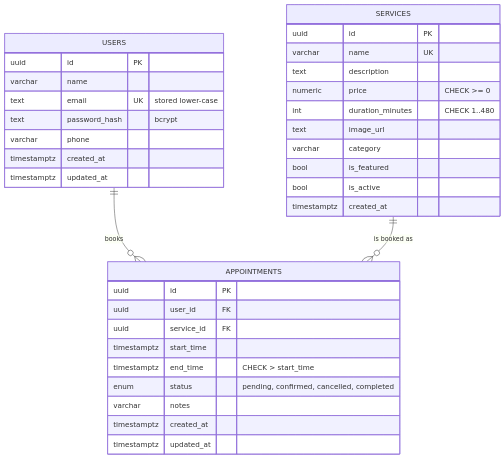
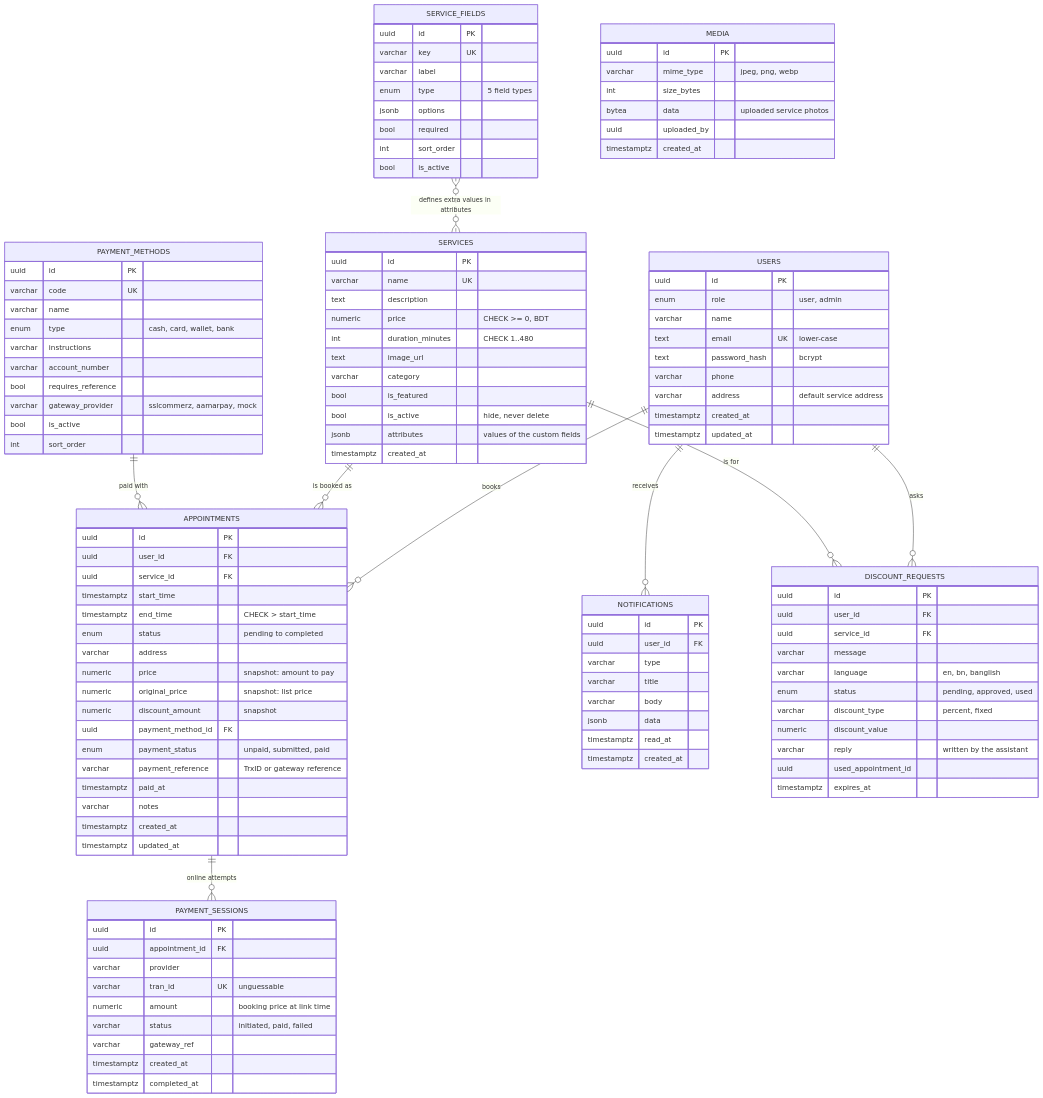
The diagram in README.md (saad125862/service-booking-backend), drawn with Mermaid before and after one commit. The commit also changed other lines of this file and 2 other files, not shown here.

Commit message:
docs: full ER diagram (PNG and Mermaid) and an API reference with endpoint tables and real example responses

````diff
--- a/README.md
+++ b/README.md
@@ -82,13 +89,22 @@
 ```mermaid
 erDiagram
     USERS ||--o{ APPOINTMENTS : books
+    USERS ||--o{ NOTIFICATIONS : receives
+    USERS ||--o{ DISCOUNT_REQUESTS : asks
     SERVICES ||--o{ APPOINTMENTS : "is booked as"
+    SERVICES ||--o{ DISCOUNT_REQUESTS : "is for"
+    PAYMENT_METHODS ||--o{ APPOINTMENTS : "paid with"
+    APPOINTMENTS ||--o{ PAYMENT_SESSIONS : "online attempts"
+    SERVICE_FIELDS }o..o{ SERVICES : "defines extra values in attributes"
+
     USERS {
         uuid id PK
+        enum role "user, admin"
         varchar name
-        text email UK "stored lower-case"
+        text email UK "lower-case"
         text password_hash "bcrypt"
         varchar phone
+        varchar address "default service address"
         timestamptz created_at
         timestamptz updated_at
     }
@@ -96,12 +112,13 @@
         uuid id PK
         varchar name UK
         text description
-        numeric price "CHECK >= 0"
+        numeric price "CHECK >= 0, BDT"
         int duration_minutes "CHECK 1..480"
         text image_url
         varchar category
         bool is_featured
-        bool is_active
+        bool is_active "hide, never delete"
+        jsonb attributes "values of the custom fields"
         timestamptz created_at
     }
     APPOINTMENTS {
@@ -110,9 +127,81 @@
         uuid service_id FK
         timestamptz start_time
         timestamptz end_time "CHECK > start_time"
-        enum status "pending, confirmed, cancelled, completed"
+        enum status "pending to completed"
+        varchar address
+        numeric price "snapshot: amount to pay"
+        numeric original_price "snapshot: list price"
+        numeric discount_amount "snapshot"
+        uuid payment_method_id FK
+        enum payment_status "unpaid, submitted, paid"
+        varchar payment_reference "TrxID or gateway reference"
+        timestamptz paid_at
         varchar notes
         timestamptz created_at
         timestamptz updated_at
     }
+    PAYMENT_METHODS {
+        uuid id PK
+        varchar code UK
+        varchar name
+        enum type "cash, card, wallet, bank"
+        varchar instructions
+        varchar account_number
+        bool requires_reference
+        varchar gateway_provider "sslcommerz, aamarpay, mock"
+        bool is_active
+        int sort_order
+    }
+    PAYMENT_SESSIONS {
+        uuid id PK
+        uuid appointment_id FK
+        varchar provider
+        varchar tran_id UK "unguessable"
+        numeric amount "booking price at link time"
+        varchar status "initiated, paid, failed"
+        varchar gateway_ref
+        timestamptz created_at
+        timestamptz completed_at
+    }
+    DISCOUNT_REQUESTS {
+        uuid id PK
+        uuid user_id FK
+        uuid service_id FK
+        varchar message
+        varchar language "en, bn, banglish"
+        enum status "pending, approved, used"
+        varchar discount_type "percent, fixed"
+        numeric discount_value
+        varchar reply "written by the assistant"
+        uuid used_appointment_id
+        timestamptz expires_at
+    }
+    NOTIFICATIONS {
+        uuid id PK
+        uuid user_id FK
+        varchar type
+        varchar title
+        varchar body
+        jsonb data
+        timestamptz read_at
+        timestamptz created_at
+    }
+    SERVICE_FIELDS {
+        uuid id PK
+        varchar key UK
+        varchar label
+        enum type "5 field types"
+        jsonb options
+        bool required
+        int sort_order
+        bool is_active
+    }
+    MEDIA {
+        uuid id PK
+        varchar mime_type "jpeg, png, webp"
+        int size_bytes
+        bytea data "uploaded service photos"
+        uuid uploaded_by
+        timestamptz created_at
+    }
 ```
````
